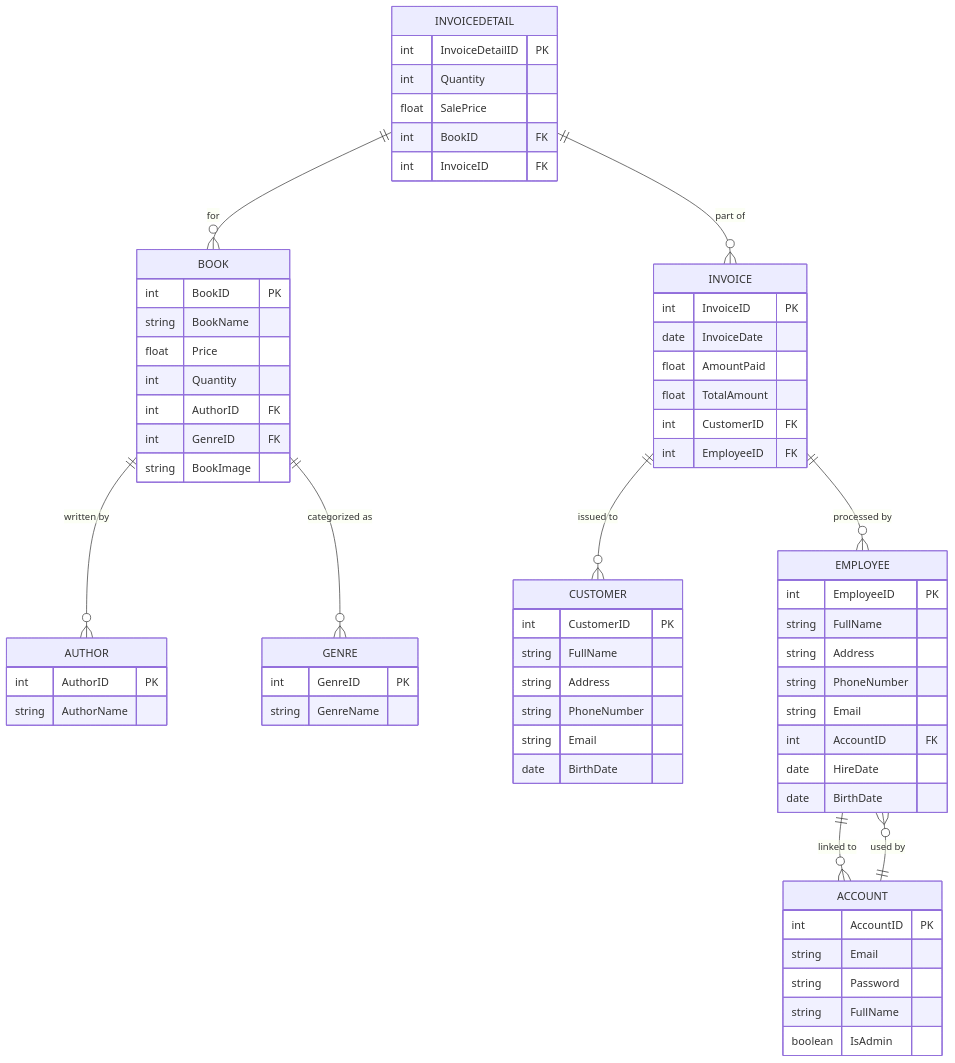
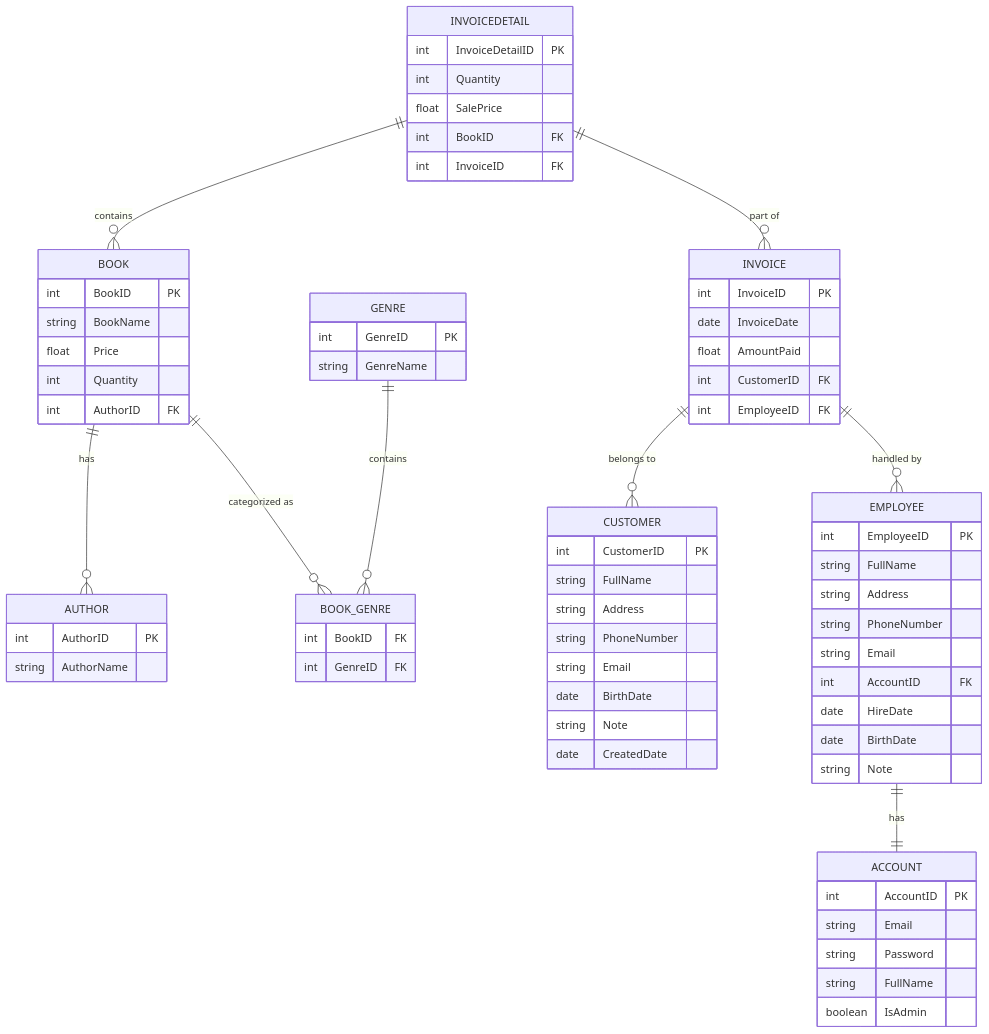
One commit to hoangthanh168/BookStoreManagement changed the diagram in docs/er_diagram.mmd. Above: the diagram before and after it, drawn with Mermaid.

```diff
--- a/docs/er_diagram.mmd
+++ b/docs/er_diagram.mmd
@@ -1,84 +1,90 @@
 erDiagram
 
-    %% Book Table (Sach)
+       %% Book Table (Sach)
     BOOK {
         int BookID PK
         string BookName
         float Price
         int Quantity
         int AuthorID FK
-        int GenreID FK
-        string BookImage
     }
 
     %% Author Table (TacGia)
     AUTHOR {
         int AuthorID PK
         string AuthorName
     }
 
     %% Genre Table (TheLoai)
     GENRE {
         int GenreID PK
         string GenreName
     }
 
     %% Invoice Table (HoaDon)
     INVOICE {
         int InvoiceID PK
         date InvoiceDate
         float AmountPaid
-        float TotalAmount
         int CustomerID FK
         int EmployeeID FK
     }
 
     %% Invoice Detail Table (ChiTietHoaDon)
     INVOICEDETAIL {
         int InvoiceDetailID PK
         int Quantity
         float SalePrice
         int BookID FK
         int InvoiceID FK
     }
 
     %% Account Table (TaiKhoan)
     ACCOUNT {
         int AccountID PK
         string Email
         string Password
         string FullName
         boolean IsAdmin
     }
 
     %% Customer Table (KhachHang)
     CUSTOMER {
         int CustomerID PK
         string FullName
         string Address
         string PhoneNumber
         string Email
         date BirthDate
+        string Note
+        date CreatedDate 
     }
 
     %% Employee Table (NhanVien)
     EMPLOYEE {
         int EmployeeID PK
         string FullName
         string Address
         string PhoneNumber
         string Email
         int AccountID FK
         date HireDate
         date BirthDate
+        string Note
+    }
+
+    %% Bảng trung gian giữa BOOK và GENRE (Quan hệ nhiều - nhiều)
+    BOOK_GENRE {
+        int BookID FK
+        int GenreID FK
     }
 
     %% Relationships
-    BOOK ||--o{ AUTHOR : "written by"
-    BOOK ||--o{ GENRE : "categorized as"
-    INVOICE ||--o{ CUSTOMER : "issued to"
-    INVOICE ||--o{ EMPLOYEE : "processed by"
-    INVOICEDETAIL ||--o{ BOOK : "for"
+    BOOK ||--o{ AUTHOR : "has"
+    BOOK ||--o{ BOOK_GENRE : "categorized as"
+    GENRE ||--o{ BOOK_GENRE : "contains"
+    INVOICE ||--o{ CUSTOMER : "belongs to"
+    INVOICE ||--o{ EMPLOYEE : "handled by"
+    INVOICEDETAIL ||--o{ BOOK : "contains"
     INVOICEDETAIL ||--o{ INVOICE : "part of"
-    EMPLOYEE ||--o{ ACCOUNT : "linked to"
-    ACCOUNT ||--o{ EMPLOYEE : "used by"
+    EMPLOYEE ||--|| ACCOUNT : "has"
```
